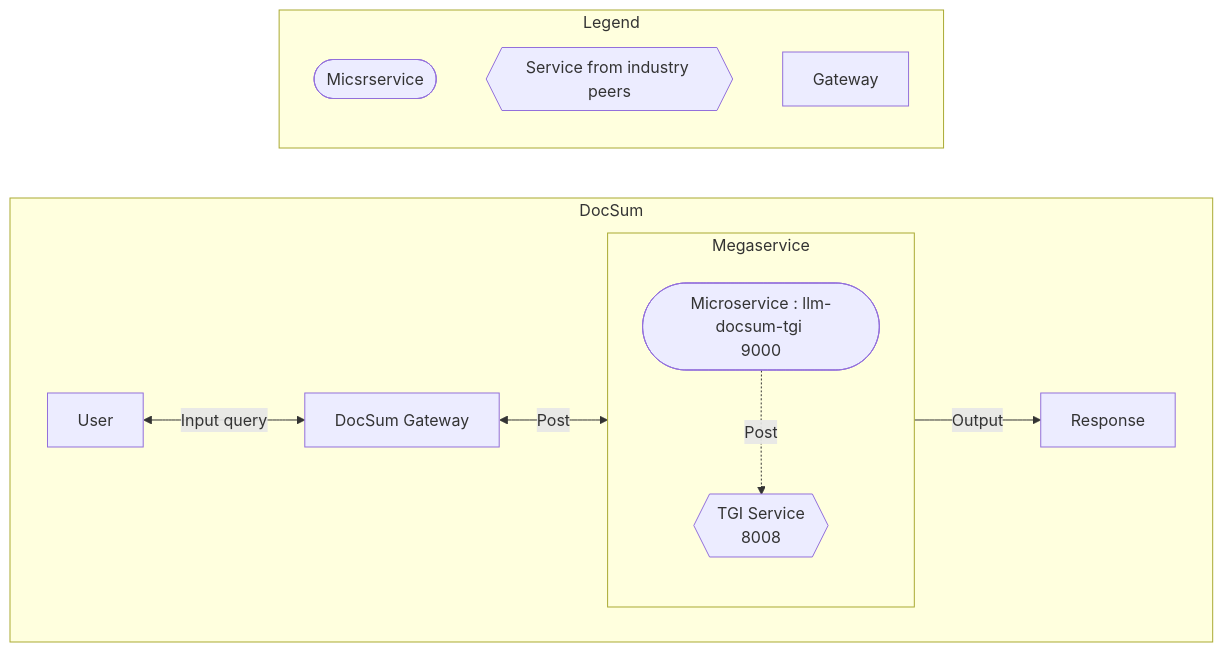
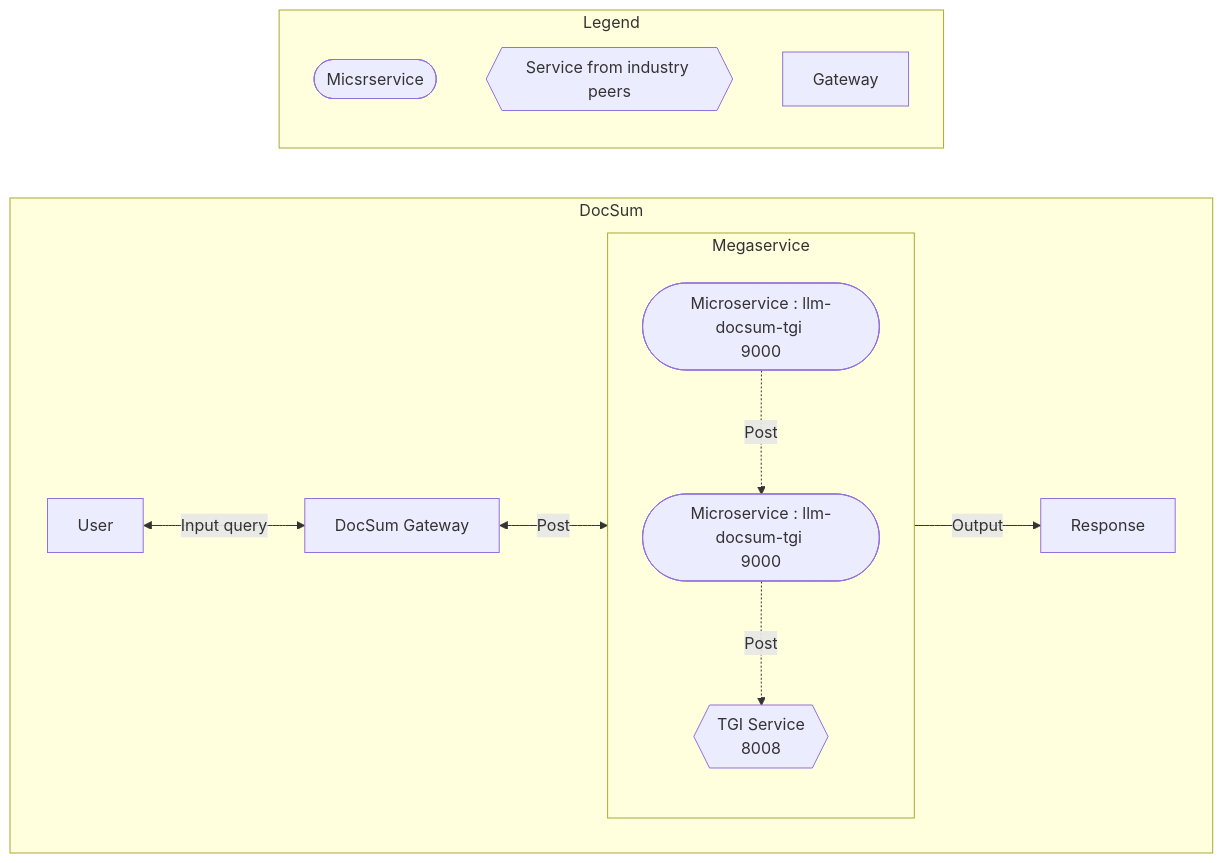
Before and after one commit to opea-project/docs: the first of 2 diagrams in community/rfcs/RFC_DocSum_Video_Audio.md, drawn with Mermaid.

Commit message:
adding RFC

````diff
--- a/community/rfcs/RFC_DocSum_Video_Audio.md
+++ b/community/rfcs/RFC_DocSum_Video_Audio.md
@@ -59,18 +59,18 @@
 ```mermaid
 flowchart LR
     subgraph DocSum
         direction LR
         A[User] <--> |Input query| B[DocSum Gateway]
         B <--> |Post| Megaservice
         subgraph Megaservice["Megaservice"]
             direction TB
-            C([ Microservice : llm-docsum-tgi <br>9000]) -. Post .-> D{{TGI Service<br>8008}}
+            C([ Microservice : llm-docsum-tgi <br>9000]) -. Post .-> D([ Microservice : llm-docsum-tgi <br>9000]) -. Post .-> E{{TGI Service<br>8008}}
         end
-        Megaservice --> |Output| E[Response]
+        Megaservice --> |Output| F[Response]
     end
     subgraph Legend
         X([Micsrservice])
         Y{{Service from industry peers}}
         Z[Gateway]
     end
 ```
````
